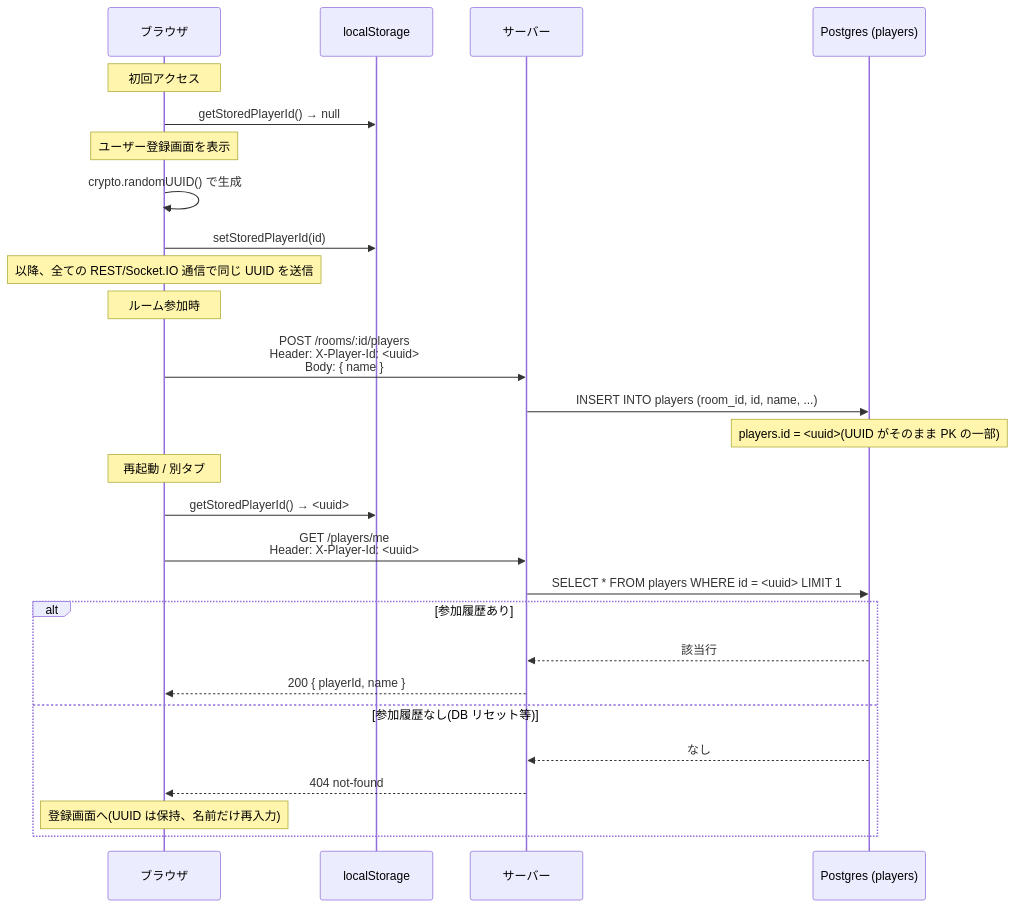
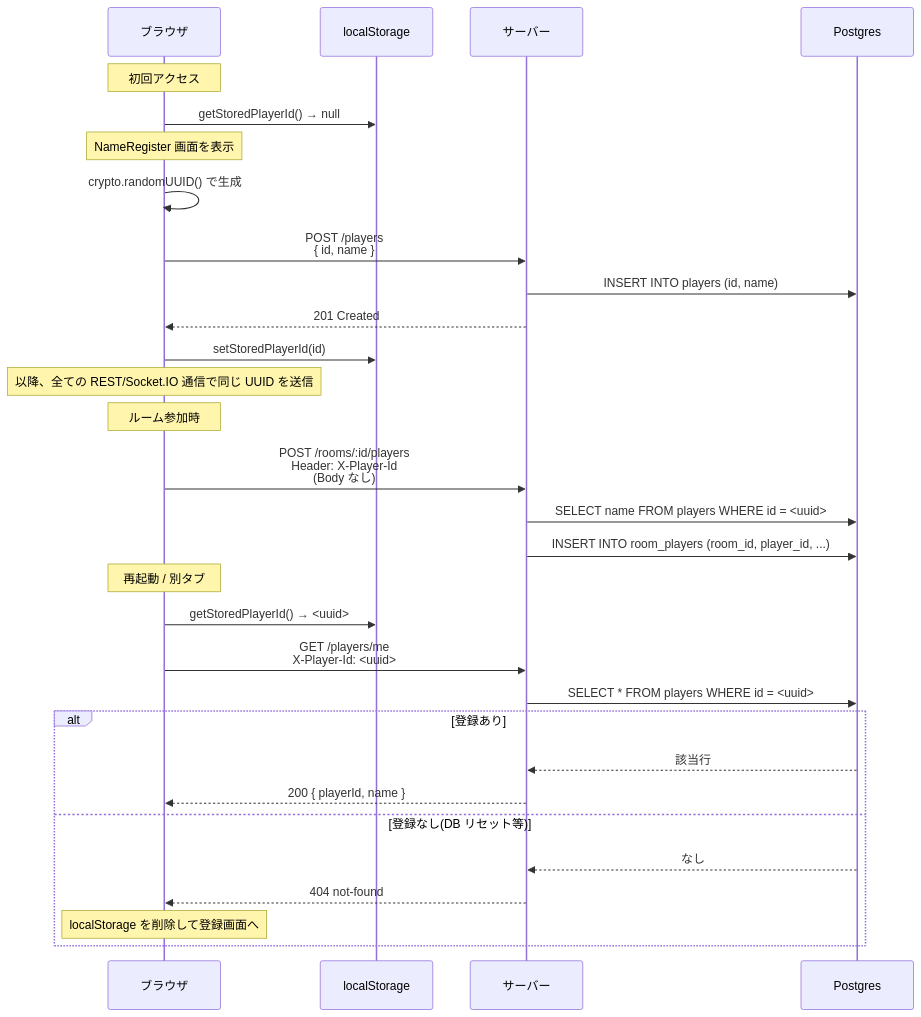
One commit to calm1205/bluff-auction changed the first of 4 diagrams in docs/design/06_authentication.md. Above: the diagram before and after it, drawn with Mermaid. The commit also changed other lines of this file, not shown here.

````diff
--- a/docs/design/06_authentication.md
+++ b/docs/design/06_authentication.md
@@ -13,32 +15,35 @@
 ```mermaid
 sequenceDiagram
     participant B as ブラウザ
     participant LS as localStorage
     participant S as サーバー
-    participant DB as Postgres (players)
+    participant DB as Postgres
 
     Note over B: 初回アクセス
     B->>LS: getStoredPlayerId() → null
-    Note over B: ユーザー登録画面を表示
+    Note over B: NameRegister 画面を表示
     B->>B: crypto.randomUUID() で生成
+    B->>S: POST /players<br/>{ id, name }
+    S->>DB: INSERT INTO players (id, name)
+    S-->>B: 201 Created
     B->>LS: setStoredPlayerId(id)
     Note over B: 以降、全ての REST/Socket.IO 通信で同じ UUID を送信
 
     Note over B: ルーム参加時
-    B->>S: POST /rooms/:id/players<br/>Header: X-Player-Id: <uuid><br/>Body: { name }
-    S->>DB: INSERT INTO players (room_id, id, name, ...)
-    Note over DB: players.id = <uuid>(UUID がそのまま PK の一部)
+    B->>S: POST /rooms/:id/players<br/>Header: X-Player-Id<br/>(Body なし)
+    S->>DB: SELECT name FROM players WHERE id = <uuid>
+    S->>DB: INSERT INTO room_players (room_id, player_id, ...)
 
     Note over B: 再起動 / 別タブ
     B->>LS: getStoredPlayerId() → <uuid>
-    B->>S: GET /players/me<br/>Header: X-Player-Id: <uuid>
-    S->>DB: SELECT * FROM players WHERE id = <uuid> LIMIT 1
-    alt 参加履歴あり
+    B->>S: GET /players/me<br/>X-Player-Id: <uuid>
+    S->>DB: SELECT * FROM players WHERE id = <uuid>
+    alt 登録あり
         DB-->>S: 該当行
         S-->>B: 200 { playerId, name }
-    else 参加履歴なし(DB リセット等)
+    else 登録なし(DB リセット等)
         DB-->>S: なし
         S-->>B: 404 not-found
-        Note over B: 登録画面へ(UUID は保持、名前だけ再入力)
+        Note over B: localStorage を削除して登録画面へ
     end
 ```
````
